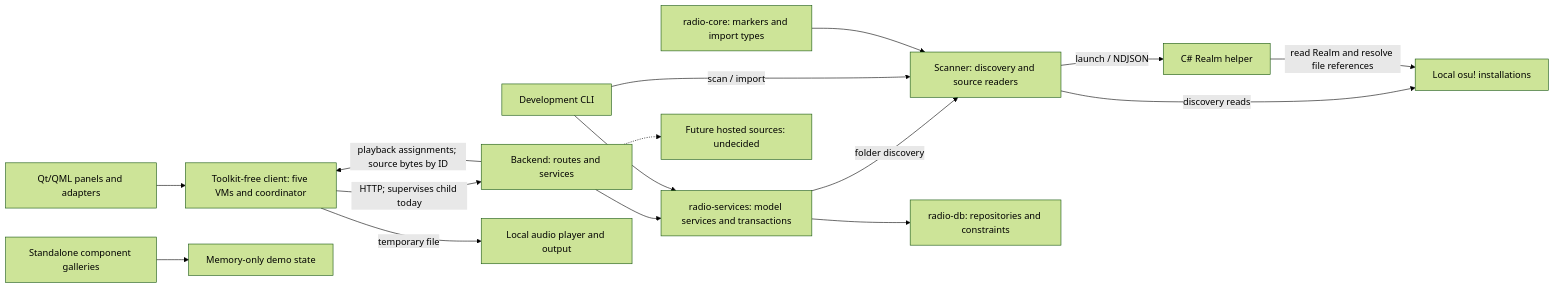
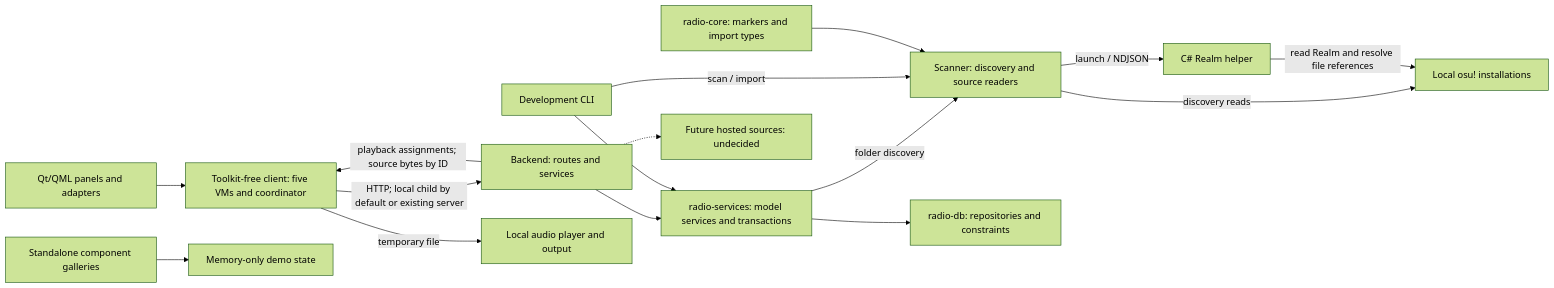
Before and after one commit to Jayko321/osu-radio: the diagram in docs/agent/index.md, drawn with Mermaid (forest theme). The commit also changed 10 other files, not shown here.

Commit message:
feat: connect Qt client to an existing server

````diff
--- a/docs/agent/index.md
+++ b/docs/agent/index.md
@@ -47,18 +47,18 @@
 ```mermaid
 flowchart LR
     Qt["Qt/QML panels and adapters"] --> Client["Toolkit-free client: five VMs and coordinator"]
     Gallery["Standalone component galleries"] --> Mock["Memory-only demo state"]
-    Client -->|"HTTP; supervises child today"| Server["Backend: routes and services"]
+    Client -->|"HTTP; local child by default or existing server"| Server["Backend: routes and services"]
     Server --> Services["radio-services: model services and transactions"]
     Services -->|"folder discovery"| Scanner["Scanner: discovery and source readers"]
     Services --> DB["radio-db: repositories and constraints"]
     CLI --> Services
     CLI["Development CLI"] -->|"scan / import"| Scanner
     Scanner -->|"discovery reads"| Local["Local osu! installations"]
     Scanner -->|"launch / NDJSON"| Helper["C# Realm helper"]
     Helper -->|"read Realm and resolve file references"| Local
     Core["radio-core: markers and import types"] --> Scanner
     Server -->|"playback assignments; source bytes by ID"| Client
     Client -->|"temporary file"| Audio["Local audio player and output"]
     Server -.-> Hosted["Future hosted sources: undecided"]
 ```
````
